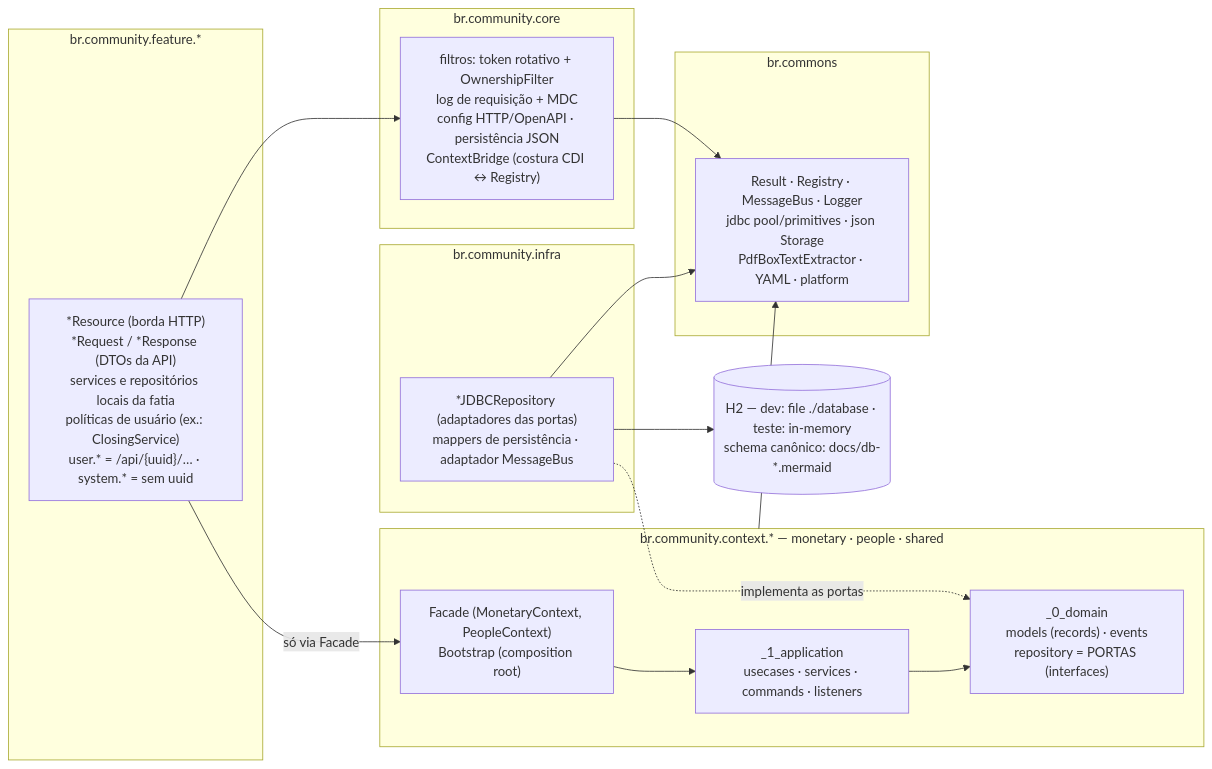
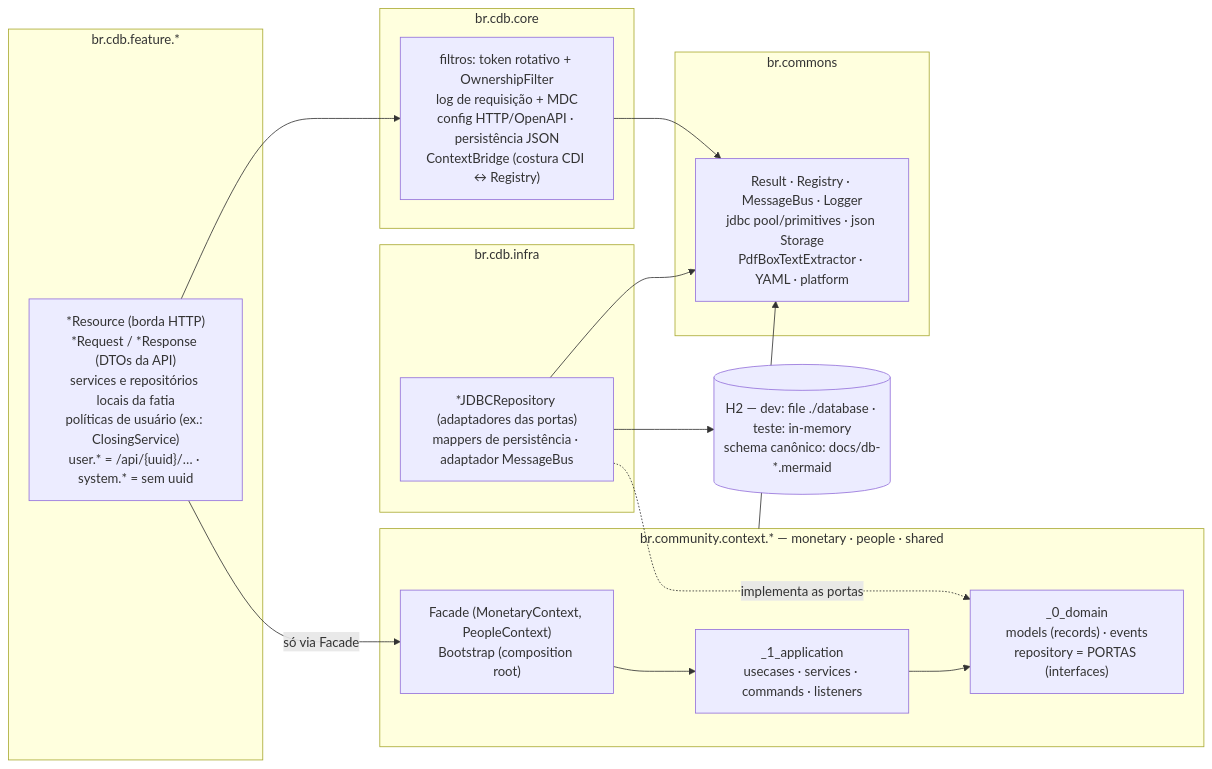
One commit to bkaraujo/cdb-judas changed the diagram in docs/architecture-backend.mermaid. Above: the diagram before and after it, drawn with Mermaid. The commit also changed 643 other files, not shown here.

First line of the commit message:
refactor(package): rename `br.community` to `br.cdb` across the codebase

```diff
--- a/docs/architecture-backend.mermaid
+++ b/docs/architecture-backend.mermaid
@@ -1,39 +1,39 @@
 flowchart LR
 %% CDB Finance — Backend: diagrama de pacotes (placement de classes).
 %% Cada caixa diz o que MORA no pacote; setas = dependências permitidas.
 %% ArchUnit proíbe: feature→contexto fora da Facade; Resource→Repository;
 %% contexto→framework; _1_application→infra; core→feature.
 
-    subgraph feature["br.community.feature.*"]
+    subgraph feature["br.cdb.feature.*"]
         FEAT["*Resource (borda HTTP)<br>*Request / *Response (DTOs da API)<br>services e repositórios locais da fatia<br>políticas de usuário (ex.: ClosingService)<br>user.* = /api/{uuid}/… · system.* = sem uuid"]
     end
 
-    subgraph core["br.community.core"]
+    subgraph core["br.cdb.core"]
         CORE["filtros: token rotativo + OwnershipFilter<br>log de requisição + MDC<br>config HTTP/OpenAPI · persistência JSON<br>ContextBridge (costura CDI ↔ Registry)"]
     end
 
     subgraph context["br.community.context.*  — monetary · people · shared"]
         FAC["Facade (MonetaryContext, PeopleContext)<br>Bootstrap (composition root)"]
         APP["_1_application<br>usecases · services · commands · listeners"]
         DOM["_0_domain<br>models (records) · events<br>repository = PORTAS (interfaces)"]
     end
 
-    subgraph infra["br.community.infra"]
+    subgraph infra["br.cdb.infra"]
         INF["*JDBCRepository (adaptadores das portas)<br>mappers de persistência · adaptador MessageBus"]
     end
 
     subgraph commons["br.commons"]
         COM["Result · Registry · MessageBus · Logger<br>jdbc pool/primitives · json Storage<br>PdfBoxTextExtractor · YAML · platform"]
     end
 
     DB[("H2 — dev: file ./database · teste: in-memory<br>schema canônico: docs/db-*.mermaid")]
 
     FEAT -->|"só via Facade"| FAC
     FEAT --> CORE
     FAC --> APP
     APP --> DOM
     INF -.->|"implementa as portas"| DOM
     INF --> DB
     context --> COM
     INF --> COM
     CORE --> COM
```
